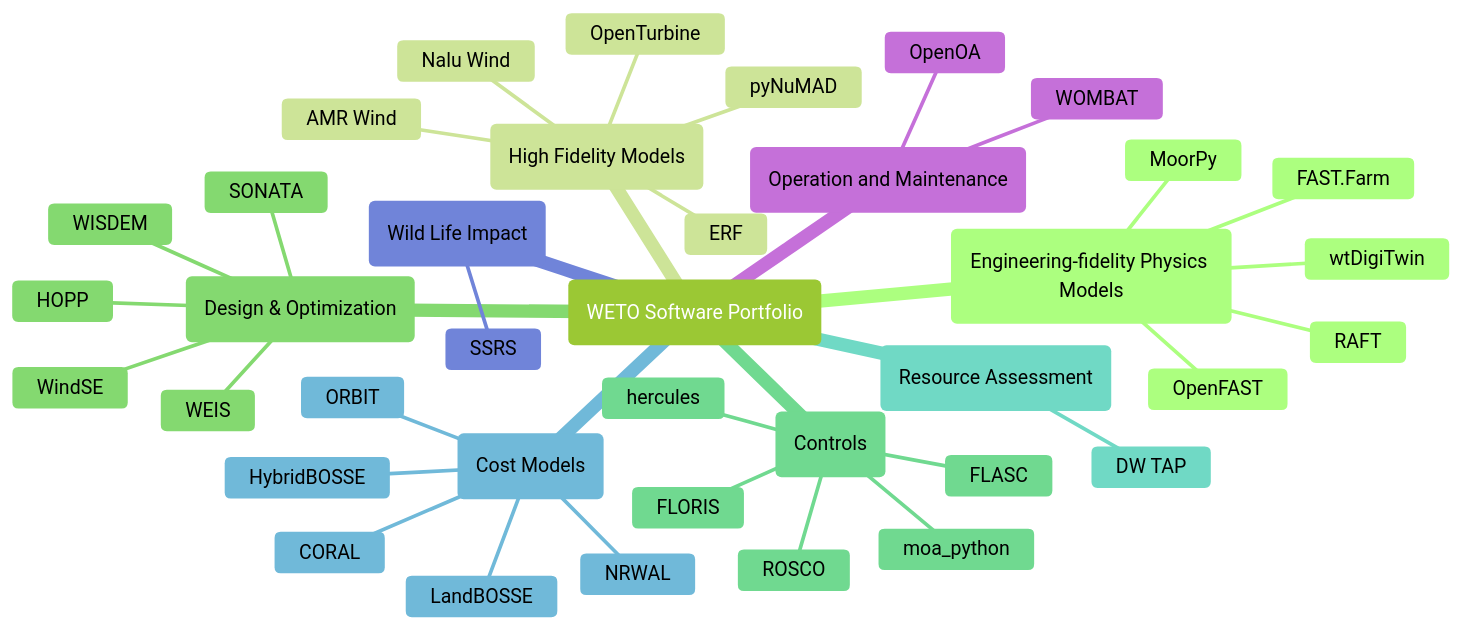
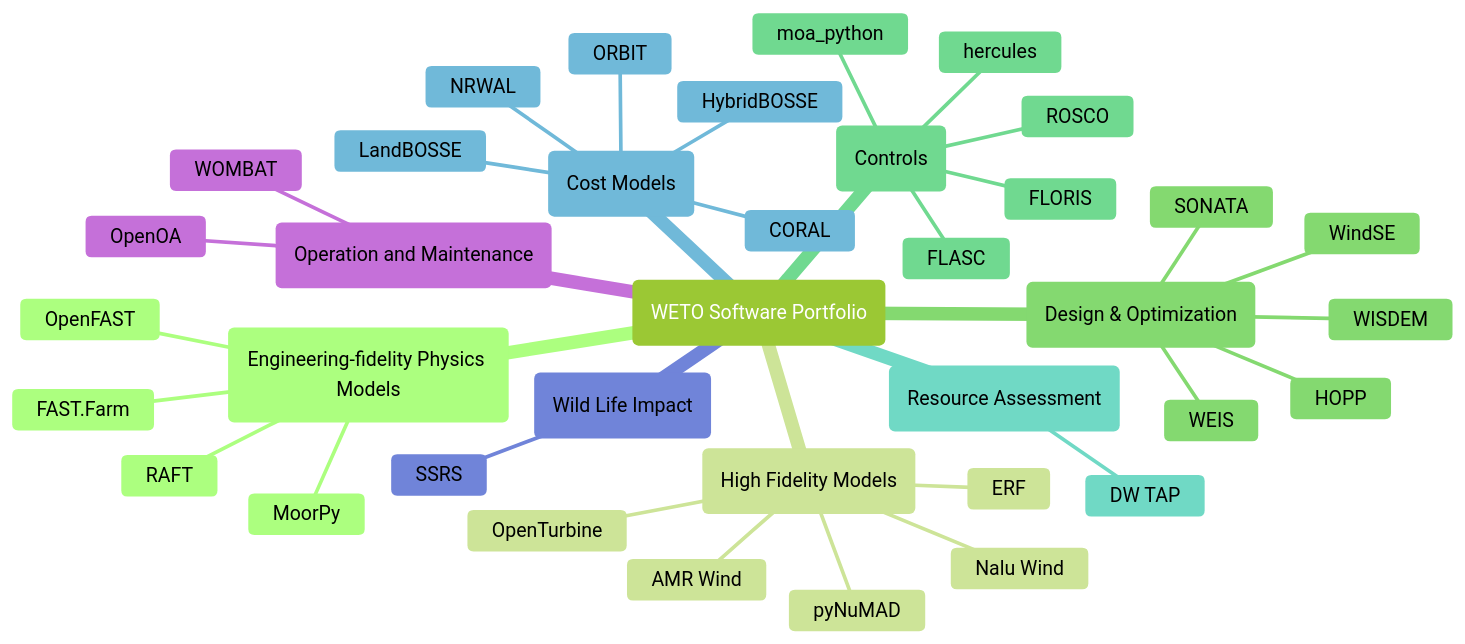
Before and after one commit to rafmudaf/WETOStack: the diagram in _sources/portfolio_analysis/software_list.md, drawn with Mermaid. The commit also changed other lines of this file and 7 other files, not shown here.

````diff
--- a/_sources/portfolio_analysis/software_list.md
+++ b/_sources/portfolio_analysis/software_list.md
@@ -5,50 +5,49 @@
 ```{mermaid}
 %%{init: { 'logLevel': 'debug', 'theme': 'forest' } }%%
 
 mindmap
     root("WETO Software Portfolio")
         ps(Engineering-fidelity Physics Models)
             OpenFAST
             FAST.Farm
             MoorPy
-            wtDigiTwin
             RAFT
 
         hfm(High Fidelity Models)
             AMR Wind
             Nalu Wind
             OpenTurbine
             ERF
             pyNuMAD
 
         do(Design & Optimization)
             WEIS
             WISDEM
             WindSE
             HOPP
             SONATA
 
         ctrl(Controls)
             ROSCO
             FLORIS
             FLASC
             hercules
             moa_python
 
         ra(Resource Assessment)
             DW TAP
 
         cost(Cost Models)
             LandBOSSE
             HybridBOSSE
             ORBIT
             CORAL
             NRWAL
 
         wild(Wild Life Impact)
             SSRS
 
         om(Operation and Maintenance)
             OpenOA
             WOMBAT
 ```
````
